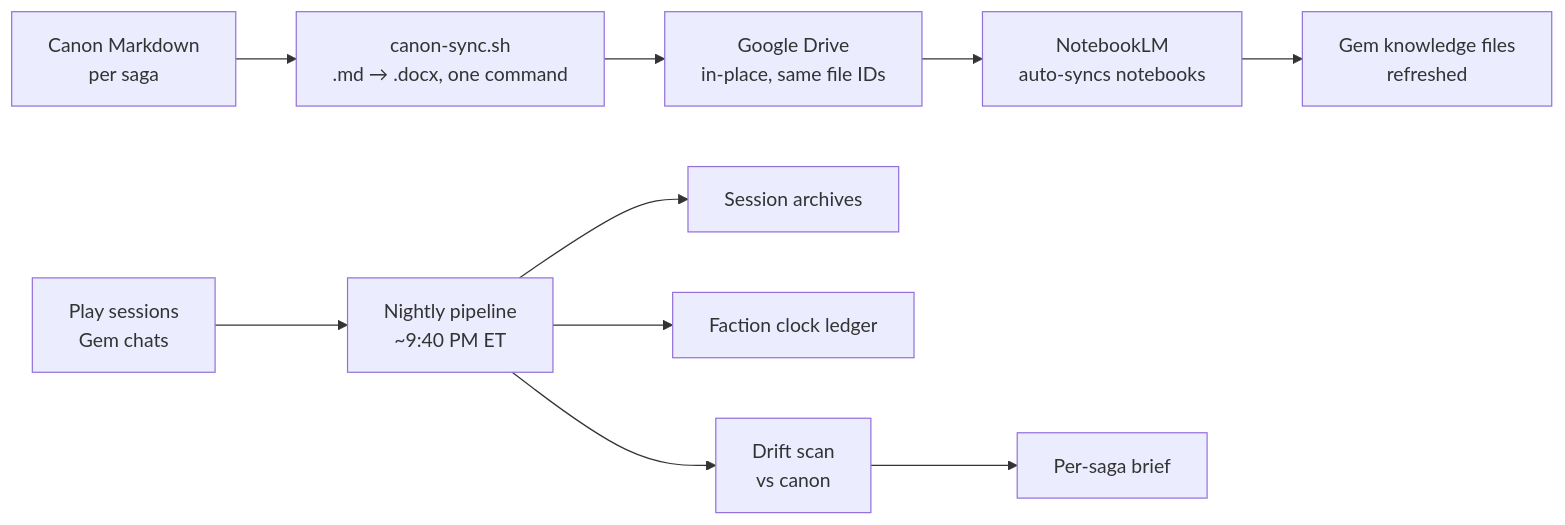
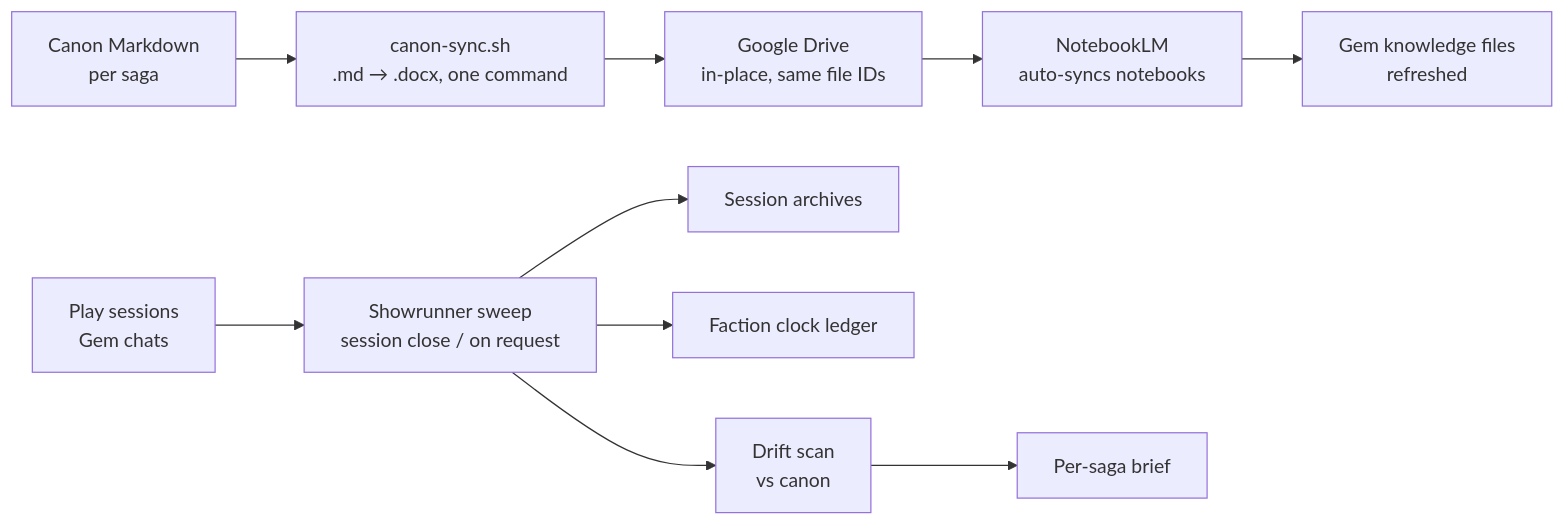
Before and after one commit to flamingblackman/llm-state-tracking-lab: the second of 2 diagrams in README.md, drawn with Mermaid. The commit also changed other lines of this file and 1 other file, not shown here.

````diff
--- a/README.md
+++ b/README.md
@@ -60,12 +86,12 @@
 ```mermaid
 flowchart LR
     A[Canon Markdown<br/>per saga] --> B[canon-sync.sh<br/>.md → .docx, one command]
     B --> C[Google Drive<br/>in-place, same file IDs]
     C --> D[NotebookLM<br/>auto-syncs notebooks]
     D --> E[Gem knowledge files<br/>refreshed]
-    F[Play sessions<br/>Gem chats] --> G[Nightly pipeline<br/>~9:40 PM ET]
+    F[Play sessions<br/>Gem chats] --> G[Showrunner sweep<br/>session close / on request]
     G --> H[Session archives]
     G --> I[Faction clock ledger]
     G --> J[Drift scan<br/>vs canon]
     J --> K[Per-saga brief]
 ```
````
